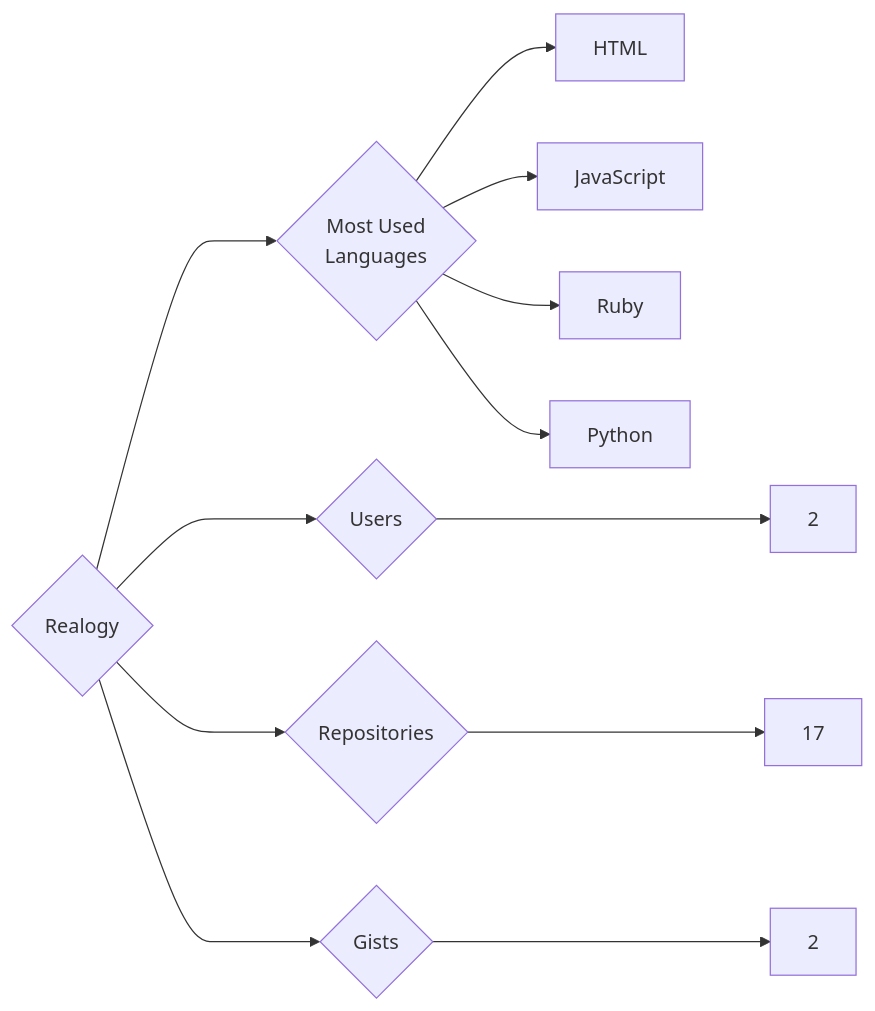
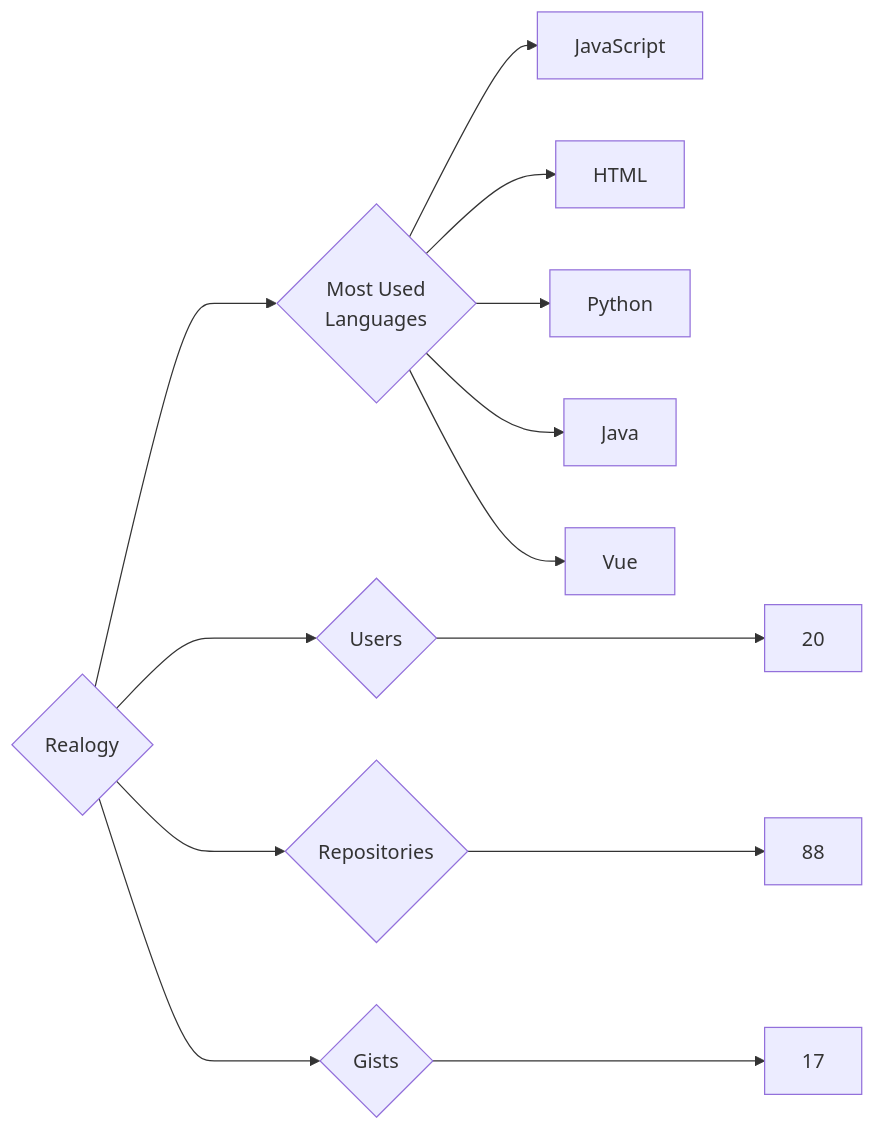
One commit to trickest/insiders changed the diagram in targets/Realogy/README.md. Above: the diagram before and after it, drawn with Mermaid. The commit also changed 677 other files, not shown here.

````diff
--- a/targets/Realogy/README.md
+++ b/targets/Realogy/README.md
@@ -3,12 +3,13 @@
 ```mermaid
 graph LR
 COMPANY_NAME{Realogy}
-COMPANY_NAME ---> U{Users} ---> UN[2]
-COMPANY_NAME ---> R{Repositories} ---> RN[17]
-COMPANY_NAME ---> G{Gists} ---> GN[2]
+COMPANY_NAME ---> U{Users} ---> UN[20]
+COMPANY_NAME ---> R{Repositories} ---> RN[88]
+COMPANY_NAME ---> G{Gists} ---> GN[17]
 COMPANY_NAME ---> ML{Most Used<br>Languages}
+ML --> JavaScript[JavaScript]
 ML --> HTML[HTML]
-ML --> JavaScript[JavaScript]
-ML --> Ruby[Ruby]
 ML --> Python[Python]
+ML --> Java[Java]
+ML --> Vue[Vue]
 ```
````
